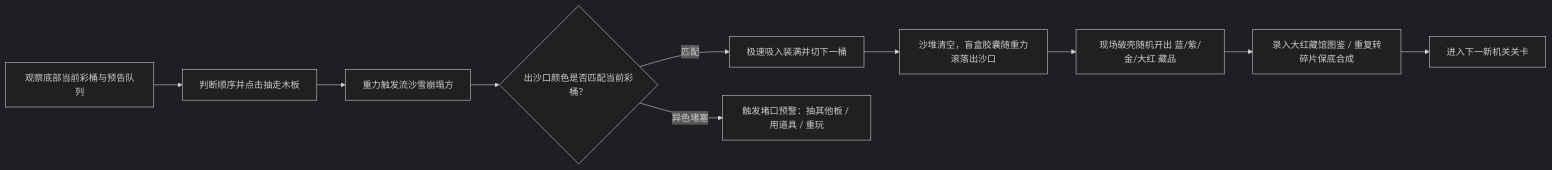
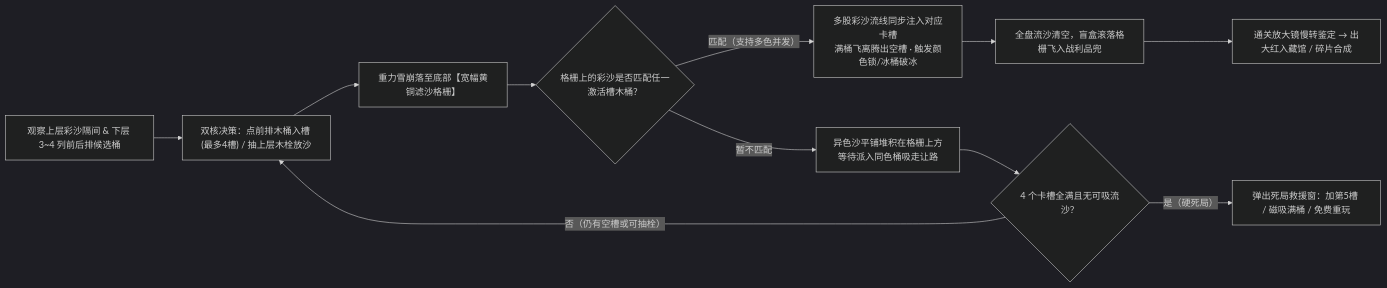
Before and after one commit to 948049716/sha-li-tao-da-hong: the diagram in docs/GDD_流沙抽板盲盒.md, drawn with Mermaid (dark theme). The commit also changed other lines of this file and 52 other files, not shown here.

````diff
--- a/docs/GDD_流沙抽板盲盒.md
+++ b/docs/GDD_流沙抽板盲盒.md
@@ -24,12 +24,13 @@
 ```mermaid
 flowchart LR
-    A["观察底部当前彩桶与预告队列"] --> B["判断顺序并点击抽走木板"]
-    B --> C["重力触发流沙雪崩塌方"]
-    C --> D{"出沙口颜色是否匹配当前彩桶？"}
-    D -- "匹配" --> E["极速吸入装满并切下一桶"]
-    D -- "异色堵塞" --> F["触发堵口预警：抽其他板 / 用道具 / 重玩"]
-    E --> G["沙堆清空，盲盒胶囊随重力滚落出沙口"]
-    G --> H["现场破壳随机开出 蓝/紫/金/大红 藏品"]
-    H --> I["录入大红藏馆图鉴 / 重复转碎片保底合成"]
-    I --> J["进入下一新机关关卡"]
+    A["观察上层彩沙隔间 & 下层 3~4 列前后排候选桶"] --> B["双核决策：点前排木桶入槽 (最多4槽) / 抽上层木栓放沙"]
+    B --> C["重力雪崩落至底部【宽幅黄铜滤沙格栅】"]
+    C --> D{"格栅上的彩沙是否匹配任一激活槽木桶？"}
+    D -- "匹配（支持多色并发）" --> E["多股彩沙流线同步注入对应卡槽\n满桶飞离腾出空槽 · 触发颜色锁/冰桶破冰"]
+    D -- "暂不匹配" --> F["异色沙平铺堆积在格栅上方\n等待派入同色桶吸走让路"]
+    F --> G{"4 个卡槽全满且无可吸流沙？"}
+    G -- "否（仍有空槽或可抽栓）" --> B
+    G -- "是（硬死局）" --> H["弹出死局救援窗：加第5槽 / 磁吸满桶 / 免费重玩"]
+    E --> I["全盘流沙清空，盲盒滚落格栅飞入战利品兜"]
+    I --> J["通关放大镜慢转鉴定 → 出大红入藏馆 / 碎片合成"]
 ```
````
